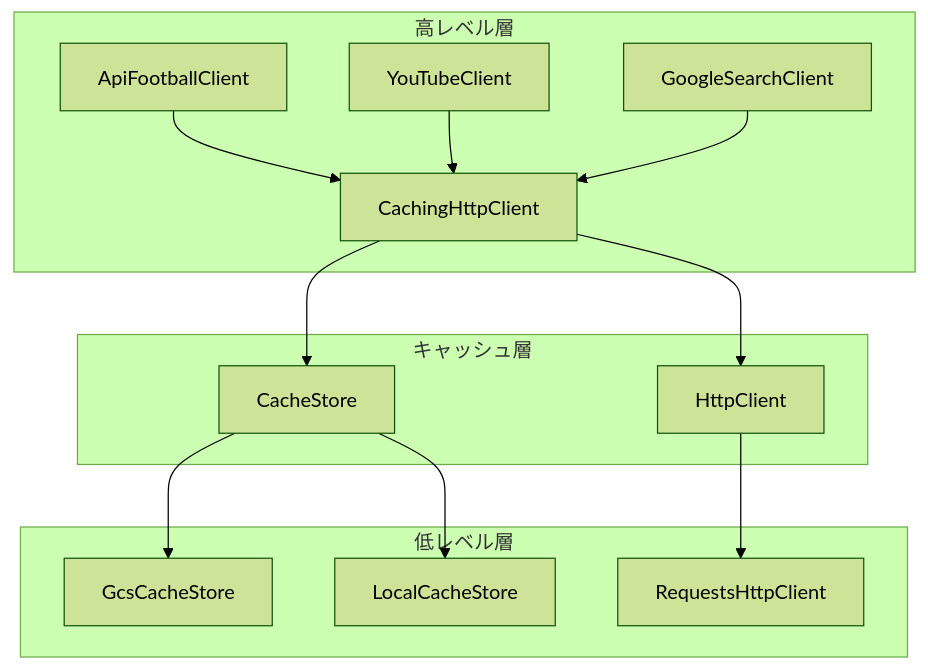
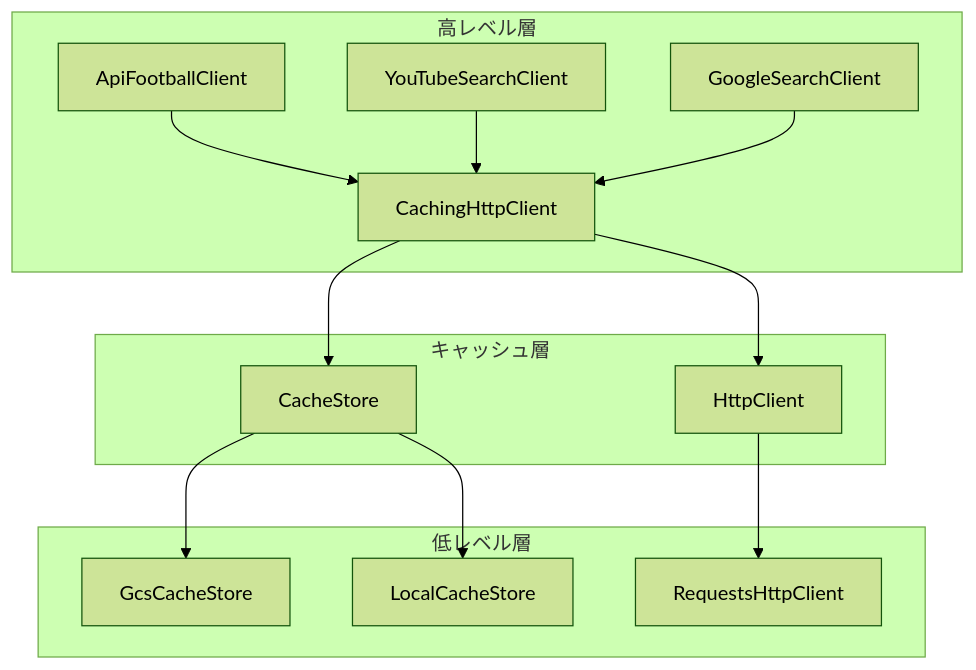
Before and after one commit to igrekplus/football-delay-watching: the first of 2 diagrams in docs/02_design/cache_design.md, drawn with Mermaid (forest theme). The commit also changed other lines of this file and 2 other files, not shown here.

Commit message:
docs: update design docs for YouTube search/cache refactoring

````diff
--- a/docs/02_design/cache_design.md
+++ b/docs/02_design/cache_design.md
@@ -30,19 +30,19 @@
 ```mermaid
 graph TD
     subgraph "高レベル層"
         A[ApiFootballClient] --> B[CachingHttpClient]
-        Y[YouTubeClient] --> B
+        Y[YouTubeSearchClient] --> B
         G[GoogleSearchClient] --> B
     end
     
     subgraph "キャッシュ層"
         B --> C[CacheStore]
         B --> D[HttpClient]
     end
     
     subgraph "低レベル層"
         C --> E[GcsCacheStore]
         C --> F[LocalCacheStore]
         D --> H[RequestsHttpClient]
     end
 ```
````
